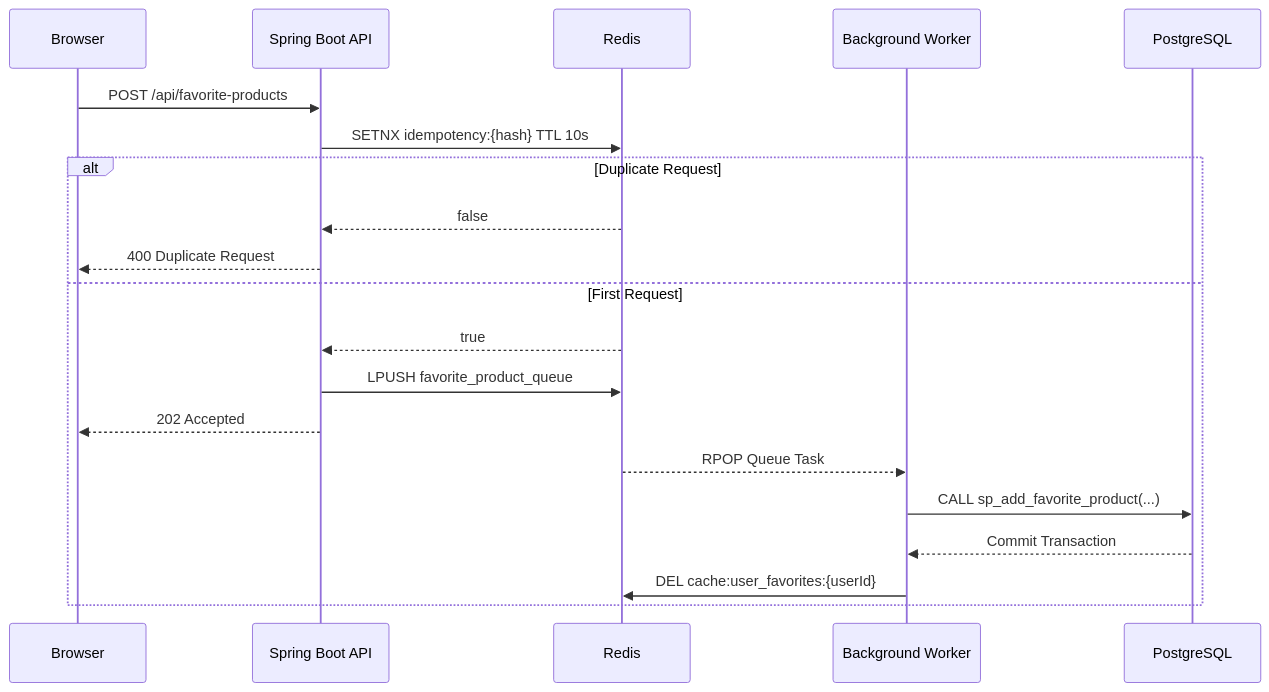
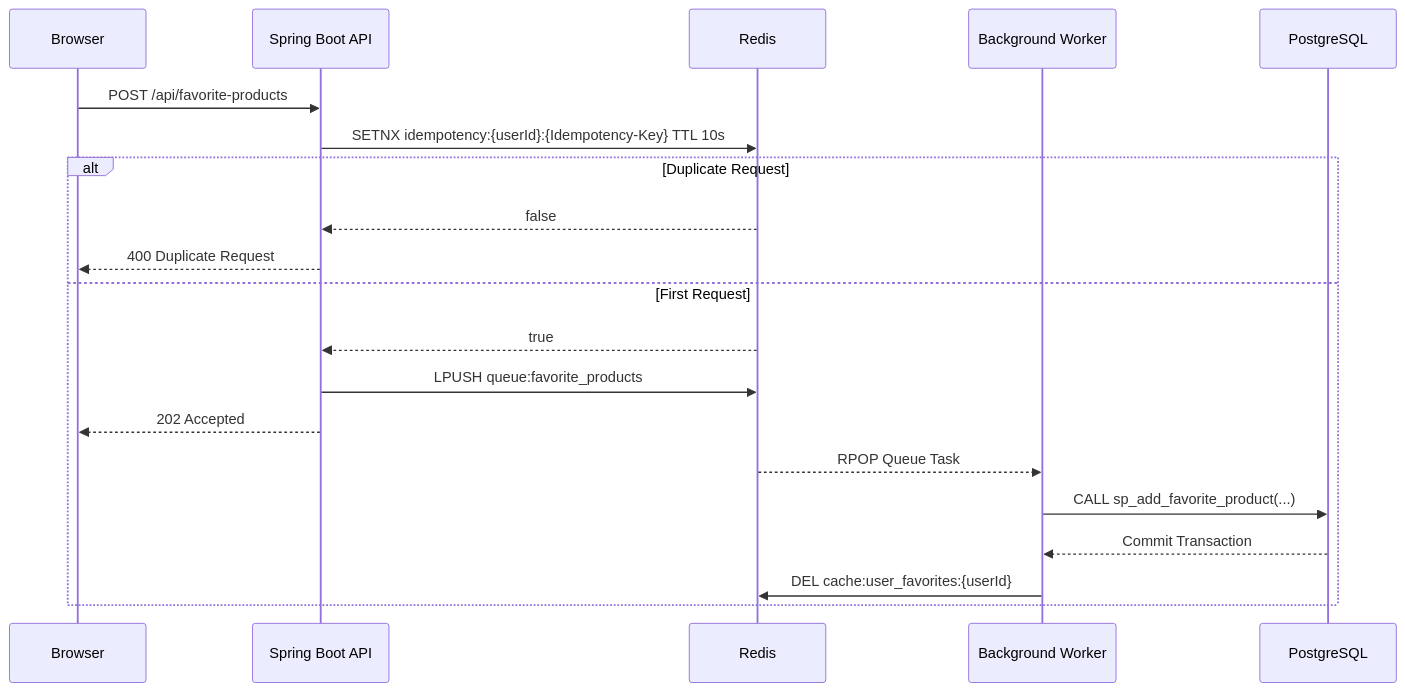
The tenth of 22 diagrams in README.md (ozasd/esun_financial_system), drawn with Mermaid before and after one commit. The commit also changed other lines of this file and 7 other files, not shown here.

````diff
--- a/README.md
+++ b/README.md
@@ -332,25 +379,25 @@
 ```mermaid
 sequenceDiagram
     participant Client as Browser
     participant Backend as Spring Boot API
     participant Redis
     participant Worker as Background Worker
     participant DB as PostgreSQL
 
     Client->>Backend: POST /api/favorite-products
-    Backend->>Redis: SETNX idempotency:{hash} TTL 10s
+    Backend->>Redis: SETNX idempotency:{userId}:{Idempotency-Key} TTL 10s
 
     alt Duplicate Request
         Redis-->>Backend: false
         Backend-->>Client: 400 Duplicate Request
     else First Request
         Redis-->>Backend: true
-        Backend->>Redis: LPUSH favorite_product_queue
+        Backend->>Redis: LPUSH queue:favorite_products
         Backend-->>Client: 202 Accepted
 
         Redis-->>Worker: RPOP Queue Task
         Worker->>DB: CALL sp_add_favorite_product(...)
         DB-->>Worker: Commit Transaction
         Worker->>Redis: DEL cache:user_favorites:{userId}
     end
 ```
````
